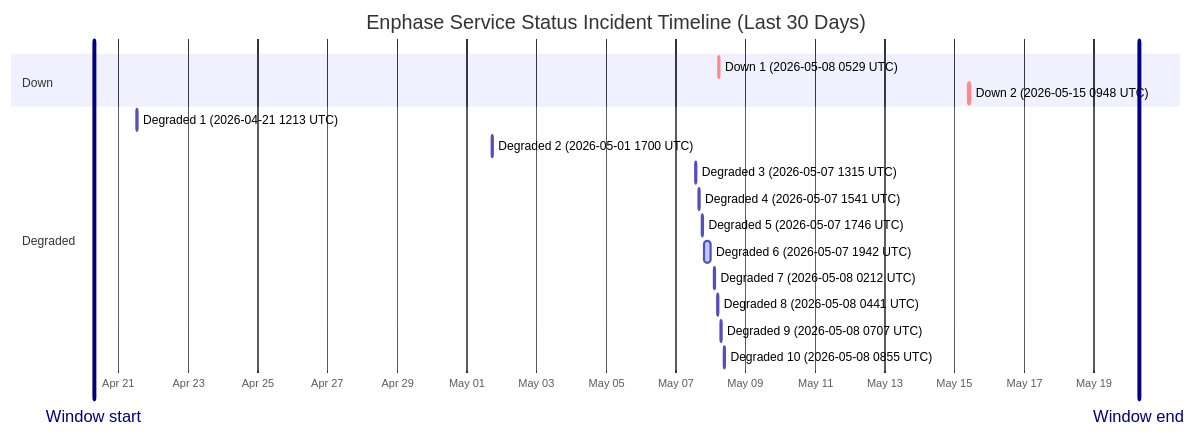
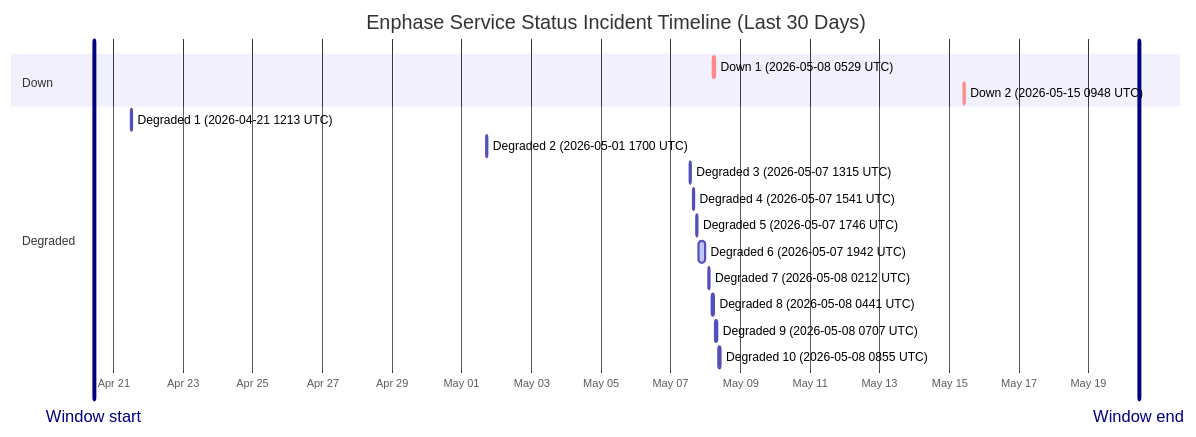
One commit to barneyonline/ha-enphase-ev-charger changed the diagram in wiki/Service-Status-History.md. Above: the diagram before and after it, drawn with Mermaid. The commit also changed other lines of this file and 3 other files, not shown here.

````diff
--- a/wiki/Service-Status-History.md
+++ b/wiki/Service-Status-History.md
@@ -14,22 +14,22 @@
 ```mermaid
 gantt
     title Enphase Service Status Incident Timeline (Last 30 Days)
     dateFormat  YYYY-MM-DDTHH:mm:ss
     axisFormat  %b %d
-    Window start :vert, window-start, 2026-04-20T07:01:29, 0ms
-    Window end :vert, window-end, 2026-05-20T07:01:29, 0ms
+    Window start :vert, window-start, 2026-04-20T10:33:43, 0ms
+    Window end :vert, window-end, 2026-05-20T10:33:43, 0ms
     section Down
     Down 1 (2026-05-08 0529 UTC) :crit, down-1, 2026-05-08T05:29:47, 60m
     Down 2 (2026-05-15 0948 UTC) :crit, down-2, 2026-05-15T09:48:18, 60m
     section Degraded
     Degraded 1 (2026-04-21 1213 UTC) :active, degraded-1, 2026-04-21T12:13:11, 60m
     Degraded 2 (2026-05-01 1700 UTC) :active, degraded-2, 2026-05-01T17:00:22, 60m
     Degraded 3 (2026-05-07 1315 UTC) :active, degraded-3, 2026-05-07T13:15:25, 60m
     Degraded 4 (2026-05-07 1541 UTC) :active, degraded-4, 2026-05-07T15:41:58, 60m
     Degraded 5 (2026-05-07 1746 UTC) :active, degraded-5, 2026-05-07T17:46:51, 60m
     Degraded 6 (2026-05-07 1942 UTC) :active, degraded-6, 2026-05-07T19:42:10, 249m
     Degraded 7 (2026-05-08 0212 UTC) :active, degraded-7, 2026-05-08T02:12:39, 60m
     Degraded 8 (2026-05-08 0441 UTC) :active, degraded-8, 2026-05-08T04:41:46, 60m
     Degraded 9 (2026-05-08 0707 UTC) :active, degraded-9, 2026-05-08T07:07:30, 60m
     Degraded 10 (2026-05-08 0855 UTC) :active, degraded-10, 2026-05-08T08:55:20, 88m
 ```
````
